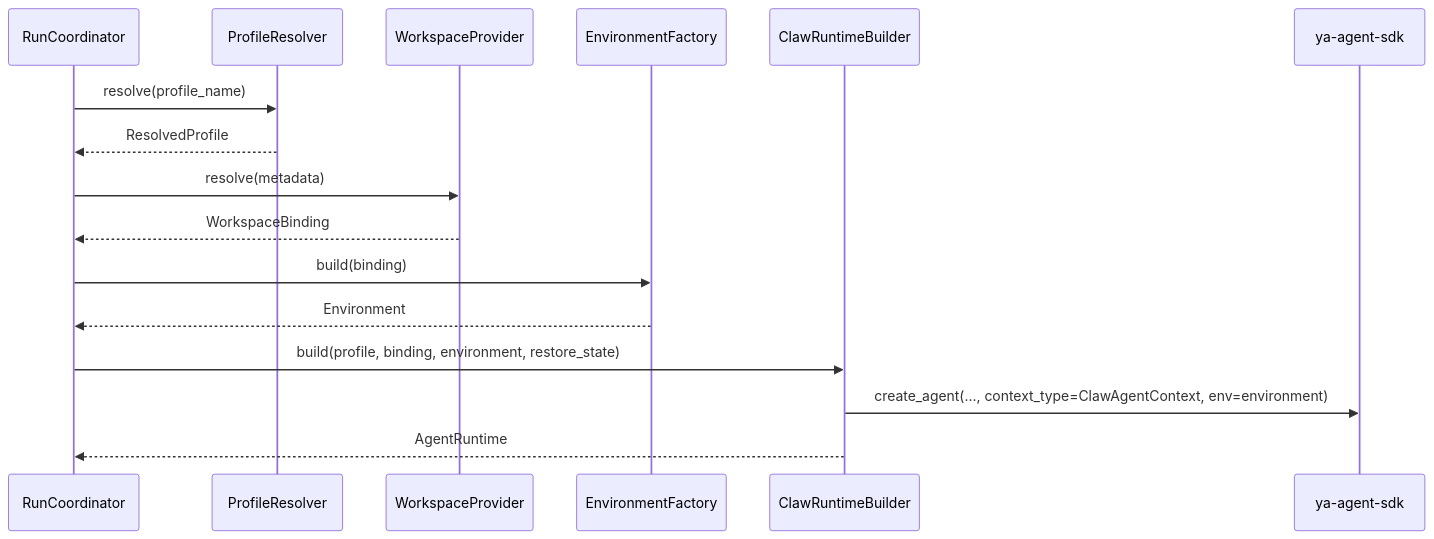
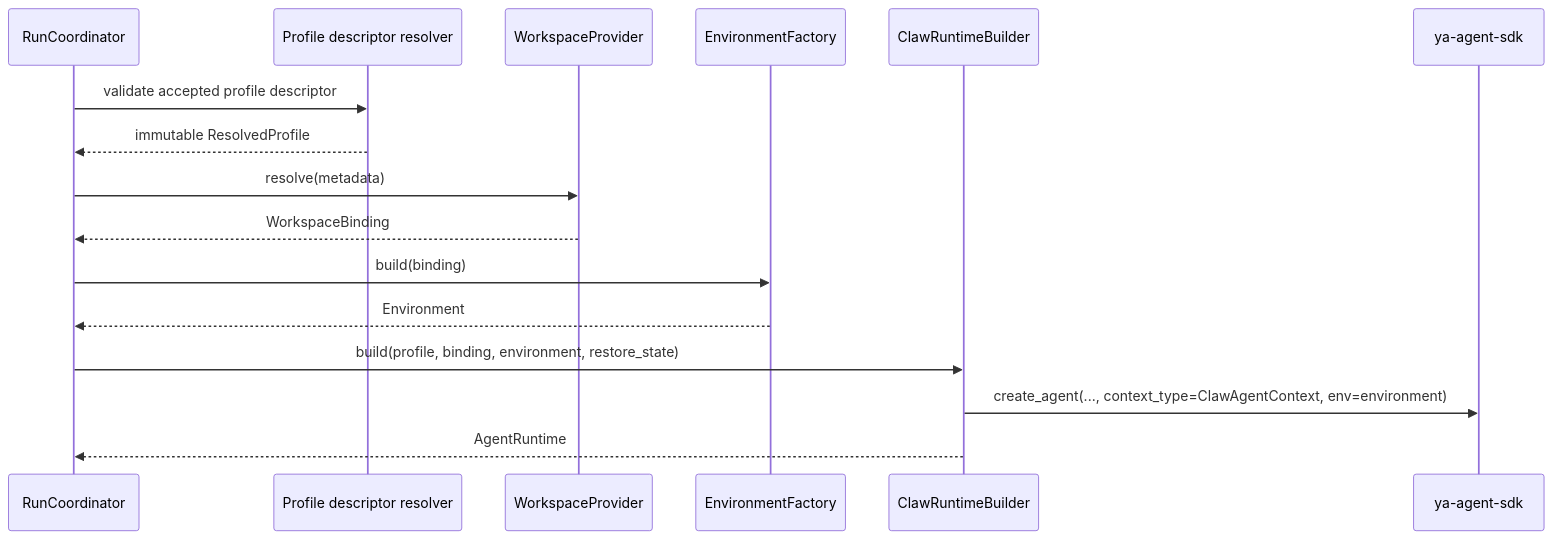
The second of 2 diagrams in packages/ya-claw/spec/01-configuration-and-workspace-provider.md (Wh1isper/ya-agent-sdk), drawn with Mermaid before and after one commit. The commit also changed other lines of this file and 446 other files, not shown here.

````diff
--- a/packages/ya-claw/spec/01-configuration-and-workspace-provider.md
+++ b/packages/ya-claw/spec/01-configuration-and-workspace-provider.md
@@ -332,19 +410,19 @@
 ```mermaid
 sequenceDiagram
     participant COORD as RunCoordinator
-    participant PROF as ProfileResolver
+    participant PROF as Profile descriptor resolver
     participant PROV as WorkspaceProvider
     participant ENVF as EnvironmentFactory
     participant BUILD as ClawRuntimeBuilder
     participant SDK as ya-agent-sdk
 
-    COORD->>PROF: resolve(profile_name)
-    PROF-->>COORD: ResolvedProfile
+    COORD->>PROF: validate accepted profile descriptor
+    PROF-->>COORD: immutable ResolvedProfile
     COORD->>PROV: resolve(metadata)
     PROV-->>COORD: WorkspaceBinding
     COORD->>ENVF: build(binding)
     ENVF-->>COORD: Environment
     COORD->>BUILD: build(profile, binding, environment, restore_state)
     BUILD->>SDK: create_agent(..., context_type=ClawAgentContext, env=environment)
     BUILD-->>COORD: AgentRuntime
 ```
````
